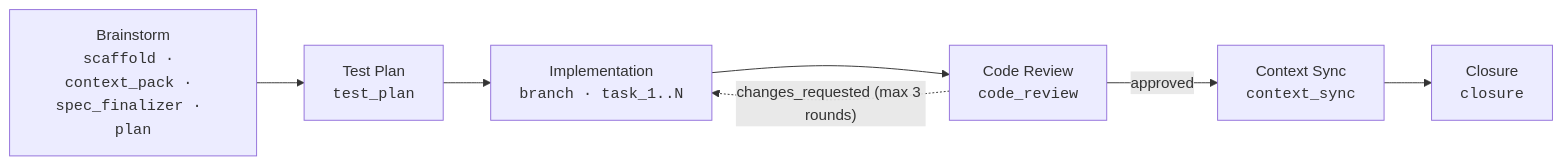
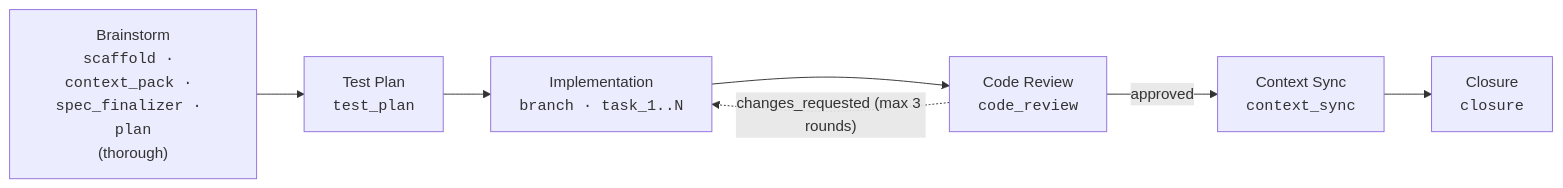
The diagram in site/concepts/pipeline.md (piyushbhargava1412/arcus-plugin), drawn with Mermaid before and after one commit. The commit also changed other lines of this file and 37 other files, not shown here.

````diff
--- a/site/concepts/pipeline.md
+++ b/site/concepts/pipeline.md
@@ -46,10 +59,10 @@
 ```mermaid
 flowchart LR
-  S1["Brainstorm<br/><code>scaffold · context_pack · spec_finalizer · plan</code>"]
+  S1["Brainstorm<br/><code>scaffold · context_pack · spec_finalizer · plan</code><br/>(thorough)"]
   S1 --> S2["Test Plan<br/><code>test_plan</code>"]
   S2 --> S3["Implementation<br/><code>branch · task_1..N</code>"]
   S3 --> S4["Code Review<br/><code>code_review</code>"]
   S4 -->|"approved"| S5["Context Sync<br/><code>context_sync</code>"]
   S5 --> S6["Closure<br/><code>closure</code>"]
   S4 -. "changes_requested (max 3 rounds)" .-> S3
 ```
````
